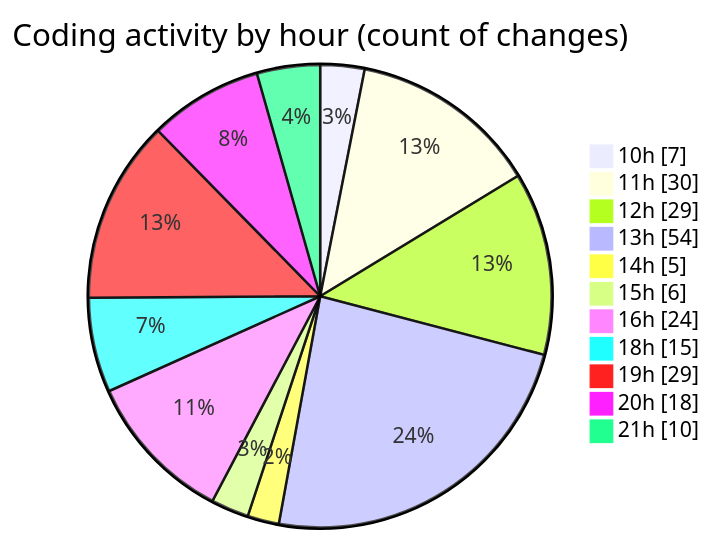
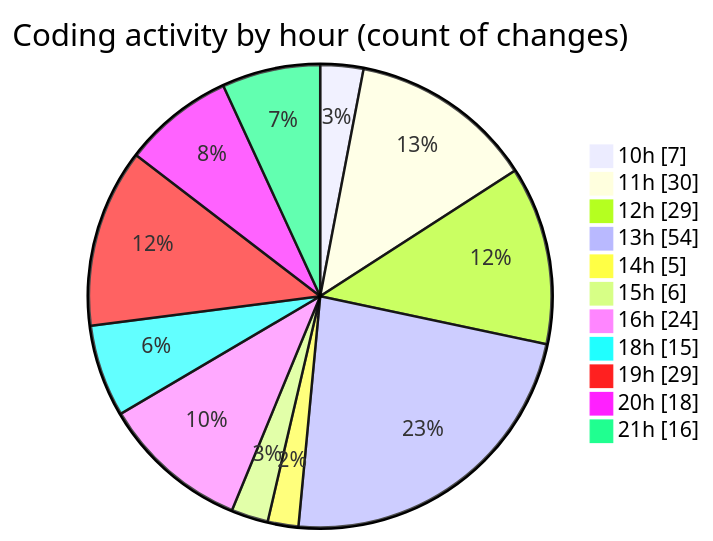
The second of 2 diagrams in 2025-06-26/cda/README.md (momahboobian/code-tracking), drawn with Mermaid before and after one commit. The commit also changed other lines of this file and 1 other file, not shown here.

````diff
--- a/2025-06-26/cda/README.md
+++ b/2025-06-26/cda/README.md
@@ -45,15 +45,15 @@
 ```mermaid
 pie showData
 title Coding activity by hour (count of changes)
 "10h" : 7
 "11h" : 30
 "12h" : 29
 "13h" : 54
 "14h" : 5
 "15h" : 6
 "16h" : 24
 "18h" : 15
 "19h" : 29
 "20h" : 18
-"21h" : 10
+"21h" : 16
 ```
````
